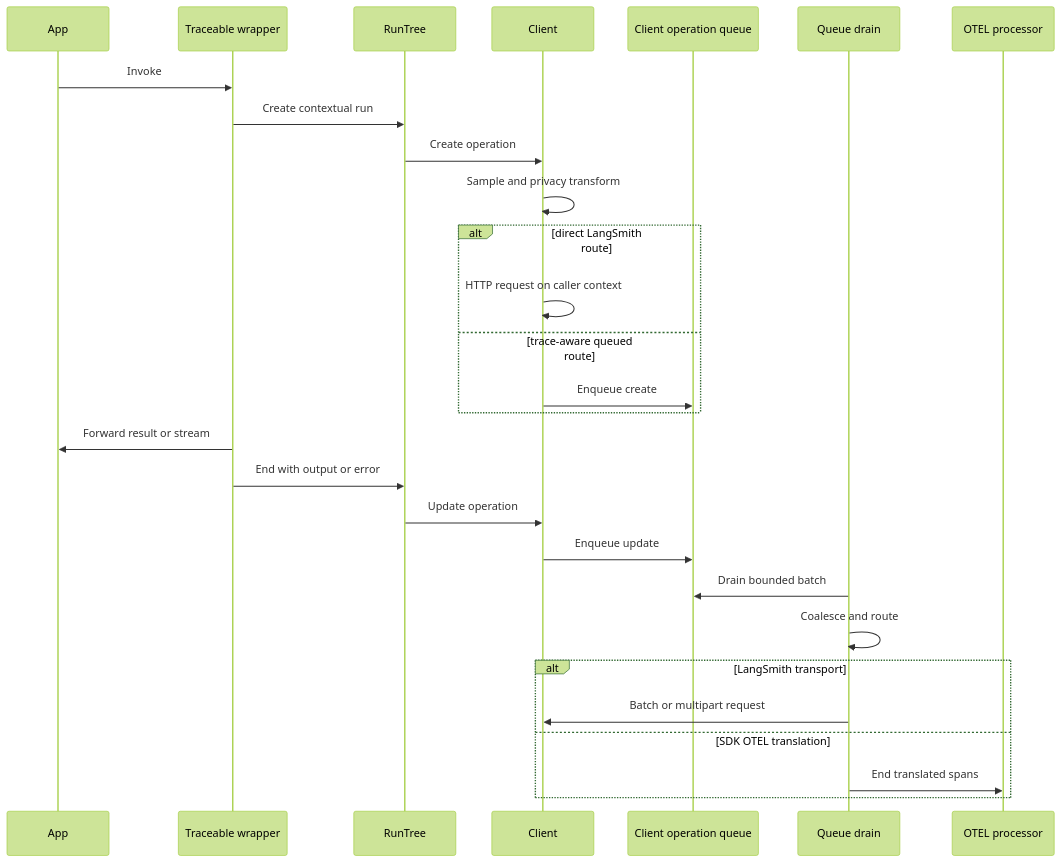
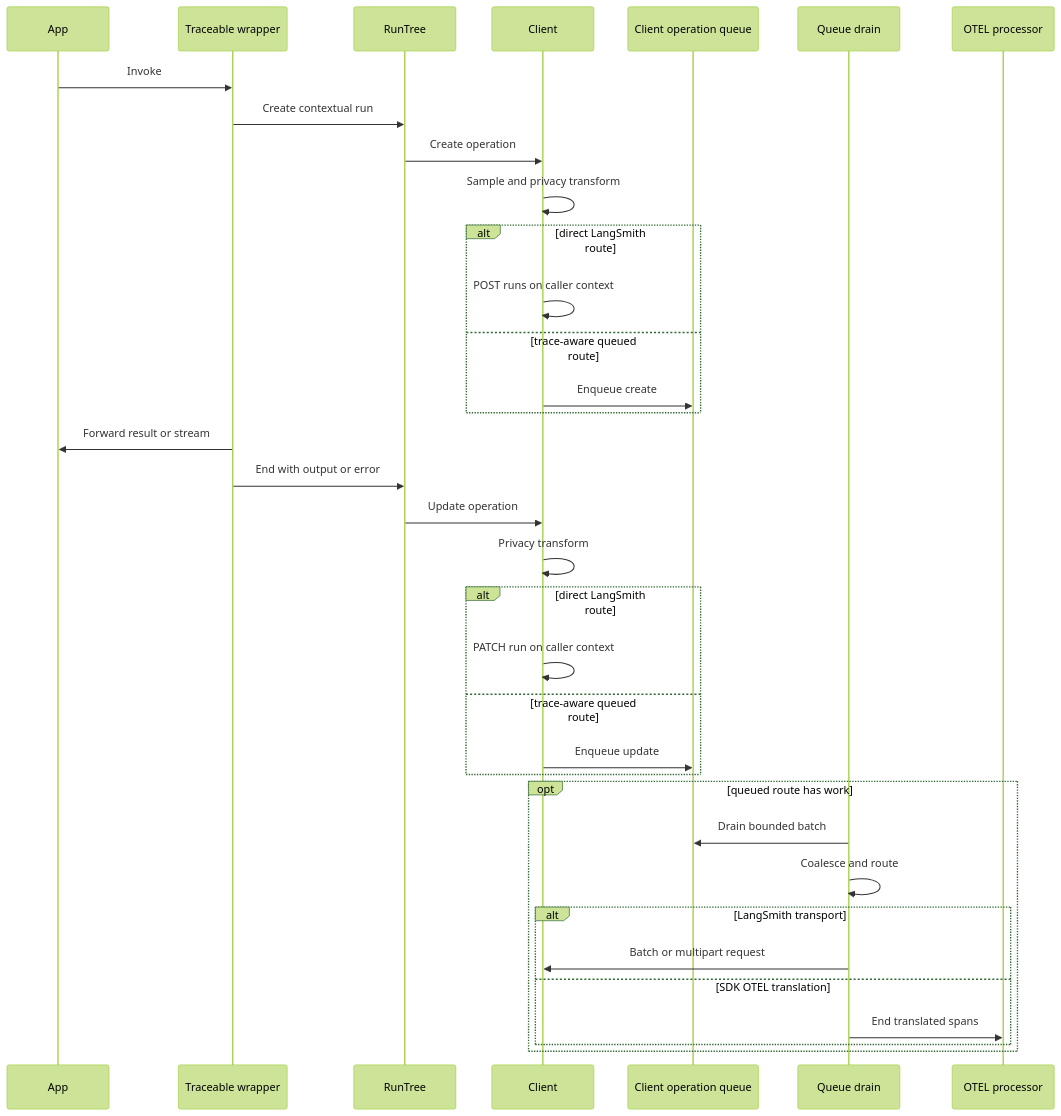
One commit to langchain-ai/langsmith-sdk changed the second of 2 diagrams in openwiki/workflows/trace-capture-and-ingestion.md. Above: the diagram before and after it, drawn with Mermaid (forest theme). The commit also changed other lines of this file and 30 other files, not shown here.

````diff
--- a/openwiki/workflows/trace-capture-and-ingestion.md
+++ b/openwiki/workflows/trace-capture-and-ingestion.md
@@ -129,31 +129,38 @@
 ```mermaid
 sequenceDiagram
     participant App
     participant Wrap as Traceable wrapper
     participant Tree as RunTree
     participant Client
     participant Queue as Client operation queue
     participant Drain as Queue drain
     participant OProc as OTEL processor
 
     App->>Wrap: Invoke
     Wrap->>Tree: Create contextual run
     Tree->>Client: Create operation
     Client->>Client: Sample and privacy transform
     alt direct LangSmith route
-        Client->>Client: HTTP request on caller context
+        Client->>Client: POST runs on caller context
     else trace-aware queued route
         Client->>Queue: Enqueue create
     end
     Wrap->>App: Forward result or stream
     Wrap->>Tree: End with output or error
     Tree->>Client: Update operation
-    Client->>Queue: Enqueue update
-    Drain->>Queue: Drain bounded batch
-    Drain->>Drain: Coalesce and route
-    alt LangSmith transport
-        Drain->>Client: Batch or multipart request
-    else SDK OTEL translation
-        Drain->>OProc: End translated spans
+    Client->>Client: Privacy transform
+    alt direct LangSmith route
+        Client->>Client: PATCH run on caller context
+    else trace-aware queued route
+        Client->>Queue: Enqueue update
+    end
+    opt queued route has work
+        Drain->>Queue: Drain bounded batch
+        Drain->>Drain: Coalesce and route
+        alt LangSmith transport
+            Drain->>Client: Batch or multipart request
+        else SDK OTEL translation
+            Drain->>OProc: End translated spans
+        end
     end
 ```
````
